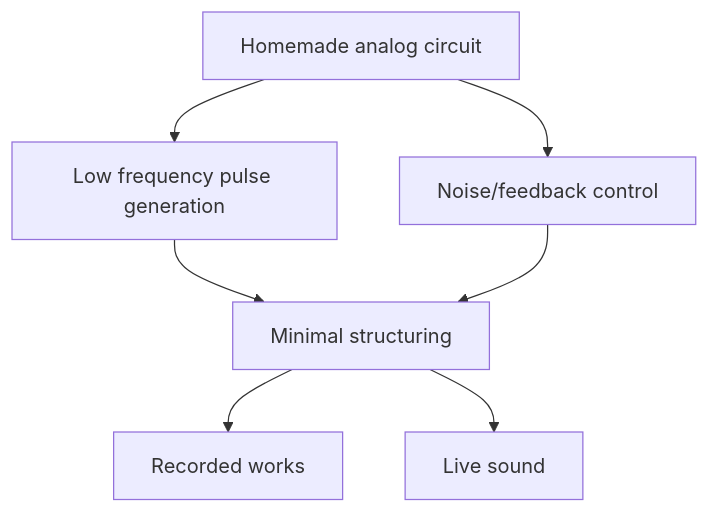
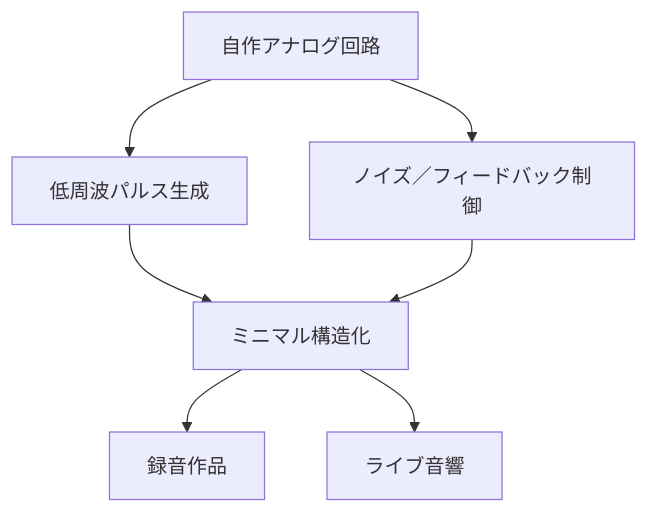
One commit to monumental-movement/monumental-movement.github.io changed the second of 2 diagrams in en/_posts/2025-11-25-column-pan-sonic.md. Above: the diagram before and after it, drawn with Mermaid. The commit also changed other lines of this file and 775 other files, not shown here.

```diff
--- a/en/_posts/2025-11-25-column-pan-sonic.md
+++ b/en/_posts/2025-11-25-column-pan-sonic.md
@@ -176,9 +175,9 @@
 <div class="mermaid">
 flowchart TB
-A["Homemade analog circuit"] --> B["Low frequency pulse generation"]
-A --> C["Noise/feedback control"]
-B --> D["Minimal structuring"]
+A["自作アナログ回路"] --> B["低周波パルス生成"]
+A --> C["ノイズ／フィードバック制御"]
+B --> D["ミニマル構造化"]
 C --> D
-D --> E["Recorded works"]
-D --> F["Live sound"]
+D --> E["録音作品"]
+D --> F["ライブ音響"]
 </div>
```
